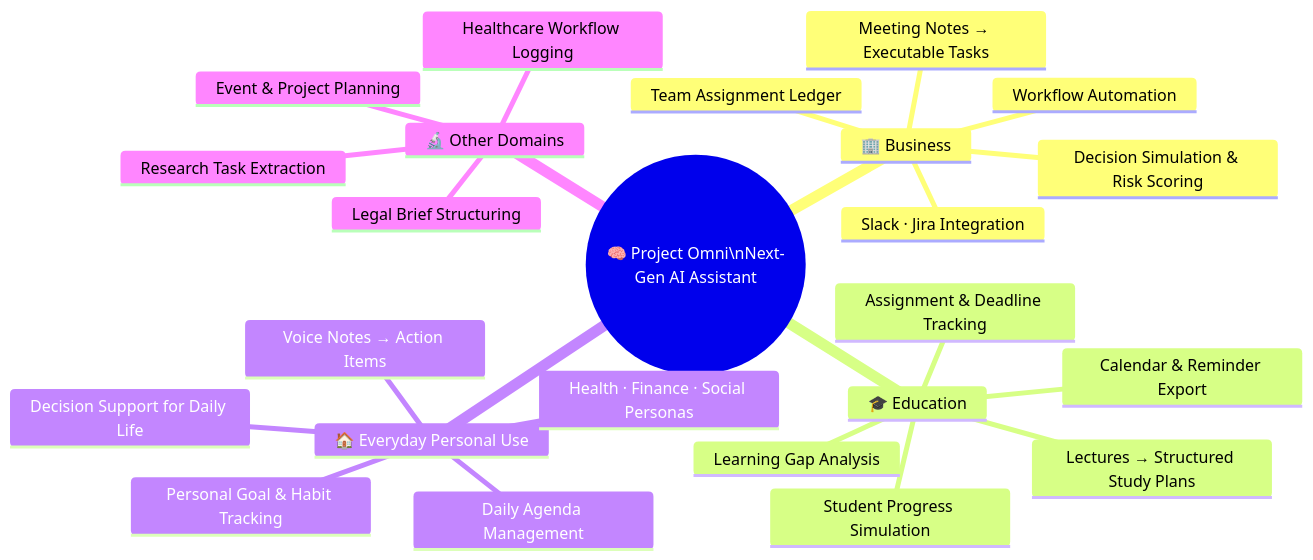
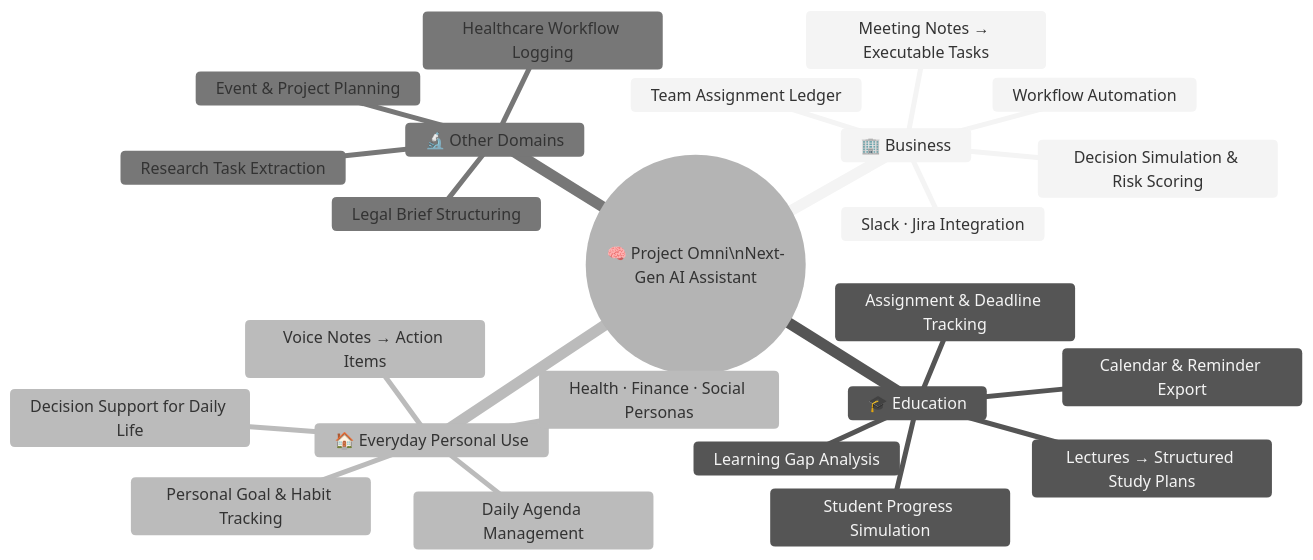
One commit to rinto-Cherian24/build-with-ai-chn-phoenix changed the first of 11 diagrams in README.md. Above: the diagram before and after it, drawn with Mermaid. The commit also changed other lines of this file, not shown here.

````diff
--- a/README.md
+++ b/README.md
@@ -123,27 +122,28 @@
 ```mermaid
+%%{init: {'theme': 'neutral'}}%%
 mindmap
   root((🧠 Project Omni\nNext-Gen AI Assistant))
     🏢 Business
       Meeting Notes → Executable Tasks
       Decision Simulation & Risk Scoring
       Workflow Automation
       Team Assignment Ledger
       Slack · Jira Integration
     🎓 Education
       Lectures → Structured Study Plans
       Assignment & Deadline Tracking
       Learning Gap Analysis
       Student Progress Simulation
       Calendar & Reminder Export
     🏠 Everyday Personal Use
       Voice Notes → Action Items
       Personal Goal & Habit Tracking
       Daily Agenda Management
       Decision Support for Daily Life
       Health · Finance · Social Personas
     🔬 Other Domains
       Healthcare Workflow Logging
       Legal Brief Structuring
       Research Task Extraction
       Event & Project Planning
 ```
````
